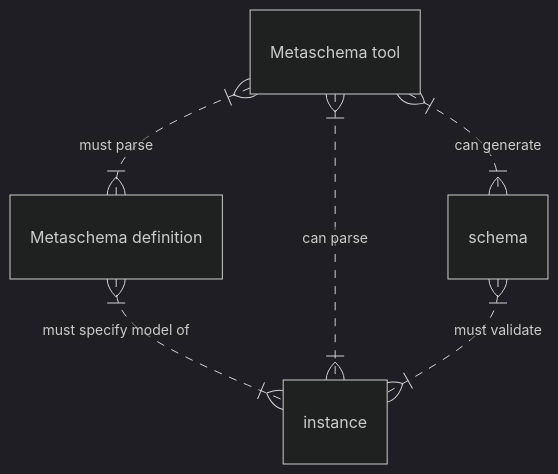
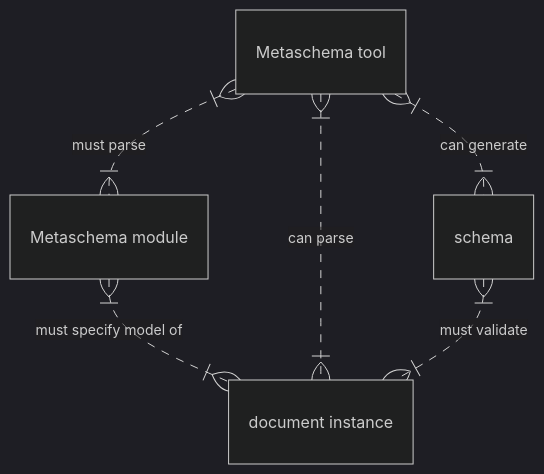
Before and after one commit to nikitawootten-nist/metaschema-xslt: the diagram in website/content/tutorials/1-getting-started/_index.md, drawn with Mermaid (dark theme). The commit also changed other lines of this file and 61 other files, not shown here.

````diff
--- a/website/content/tutorials/1-getting-started/_index.md
+++ b/website/content/tutorials/1-getting-started/_index.md
@@ -25,11 +28,9 @@
-{{<mermaid>}}
-
+```mermaid
 erDiagram
 
-  "Metaschema definition" }|..|{ "instance" : "must specify model of"
-  "Metaschema tool" }|..|{ "Metaschema definition" : "must parse"
-  "Metaschema tool" }|..|{ "instance" : "can parse"
+  "Metaschema module" }|..|{ "document instance" : "must specify model of"
+  "Metaschema tool" }|..|{ "Metaschema module" : "must parse"
+  "Metaschema tool" }|..|{ "document instance" : "can parse"
   "Metaschema tool" }|..|{ "schema" : "can generate"
-  "schema" }|..|{ "instance" : "must validate"
-
-{{</mermaid>}}
+  "schema" }|..|{ "document instance" : "must validate"
+```
````
